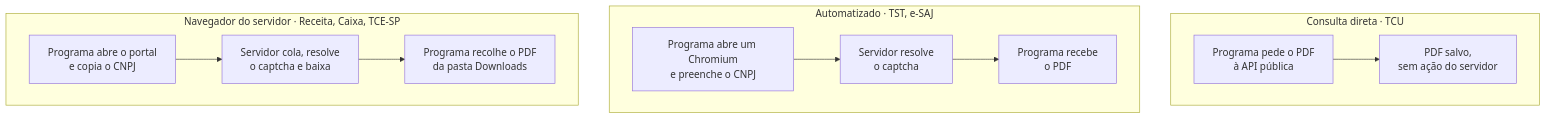
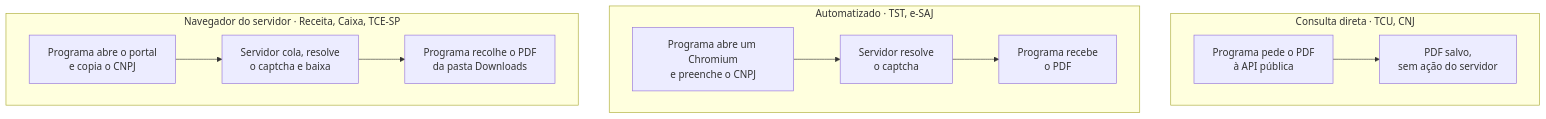
One commit to maia-andre/licita_certidoes changed the diagram in README.md. Above: the diagram before and after it, drawn with Mermaid. The commit also changed other lines of this file and 18 other files, not shown here.

````diff
--- a/README.md
+++ b/README.md
@@ -63,12 +64,12 @@
 ```mermaid
 flowchart TB
-    subgraph D["Consulta direta · TCU"]
+    subgraph D["Consulta direta · TCU, CNJ"]
         D1[Programa pede o PDF<br/>à API pública] --> D2[PDF salvo,<br/>sem ação do servidor]
     end
     subgraph A["Automatizado · TST, e-SAJ"]
         A1[Programa abre um Chromium<br/>e preenche o CNPJ] --> A2[Servidor resolve<br/>o captcha] --> A3[Programa recebe<br/>o PDF]
     end
     subgraph N["Navegador do servidor · Receita, Caixa, TCE-SP"]
         N1[Programa abre o portal<br/>e copia o CNPJ] --> N2[Servidor cola, resolve<br/>o captcha e baixa] --> N3[Programa recolhe o PDF<br/>da pasta Downloads]
     end
 ```
````
